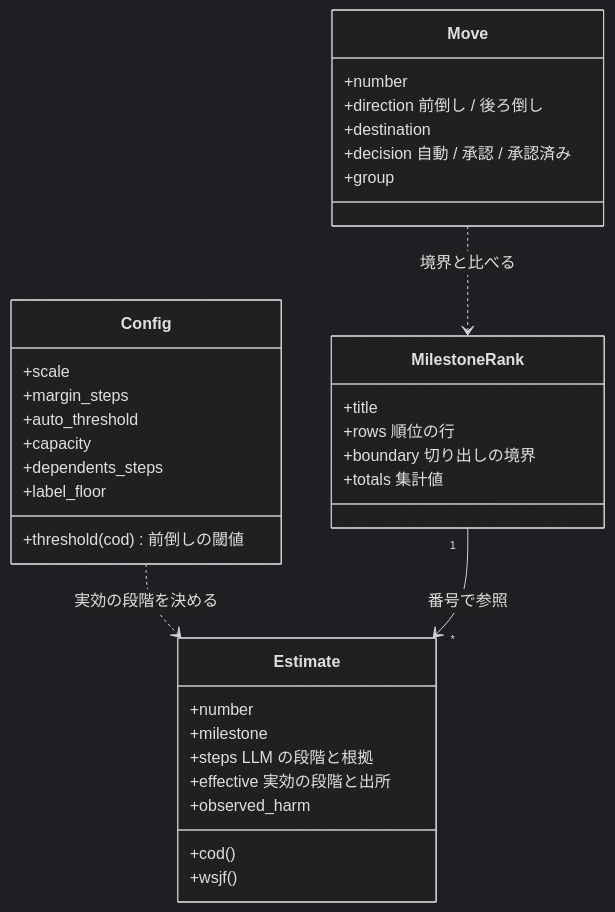
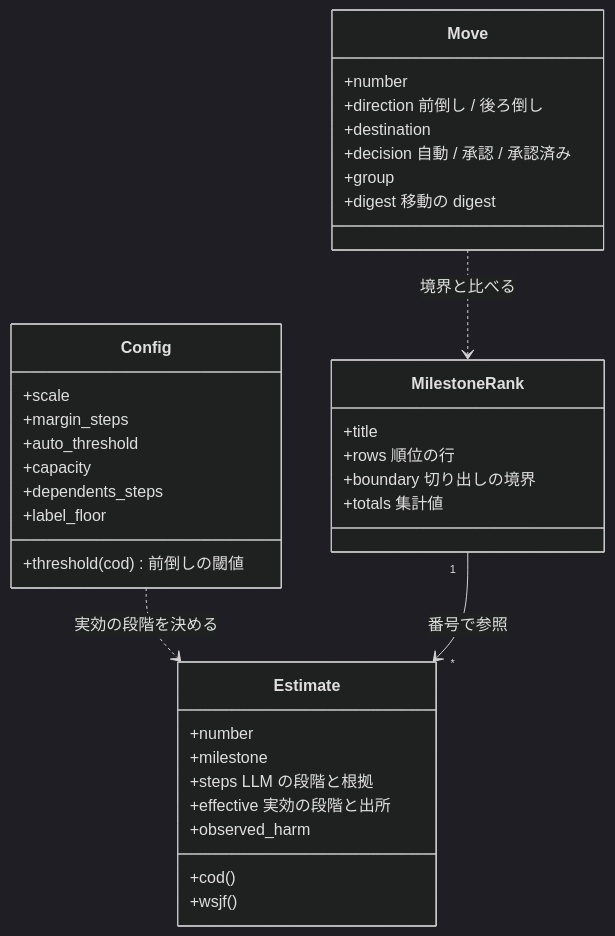
Before and after one commit to devbasex/ai-plugins: the second of 5 diagrams in issues/issue-1429-design.md, drawn with Mermaid (dark theme). The commit also changed other lines of this file, not shown here.

Commit message:
design(#1429): 却下を移動の digest で識別し、後ろ倒しの判定の順序と向きの値を決める

````diff
--- a/issues/issue-1429-design.md
+++ b/issues/issue-1429-design.md
@@ -154,37 +154,38 @@
 ```mermaid
 classDiagram
     class Config {
         +scale
         +margin_steps
         +auto_threshold
         +capacity
         +dependents_steps
         +label_floor
         +threshold(cod) 前倒しの閾値
     }
     class Estimate {
         +number
         +milestone
         +steps LLM の段階と根拠
         +effective 実効の段階と出所
         +observed_harm
         +cod()
         +wsjf()
     }
     class MilestoneRank {
         +title
         +rows 順位の行
         +boundary 切り出しの境界
         +totals 集計値
     }
     class Move {
         +number
         +direction 前倒し / 後ろ倒し
         +destination
         +decision 自動 / 承認 / 承認済み
         +group
+        +digest 移動の digest
     }
     Config ..> Estimate : 実効の段階を決める
     MilestoneRank "1" --> "*" Estimate : 番号で参照
     Move ..> MilestoneRank : 境界と比べる
 ```
````
